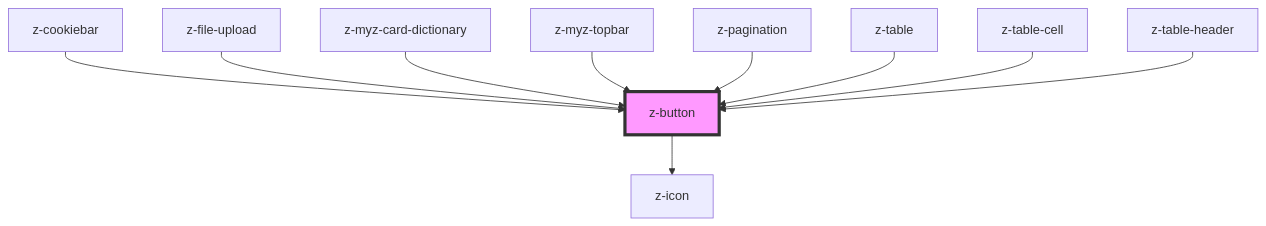
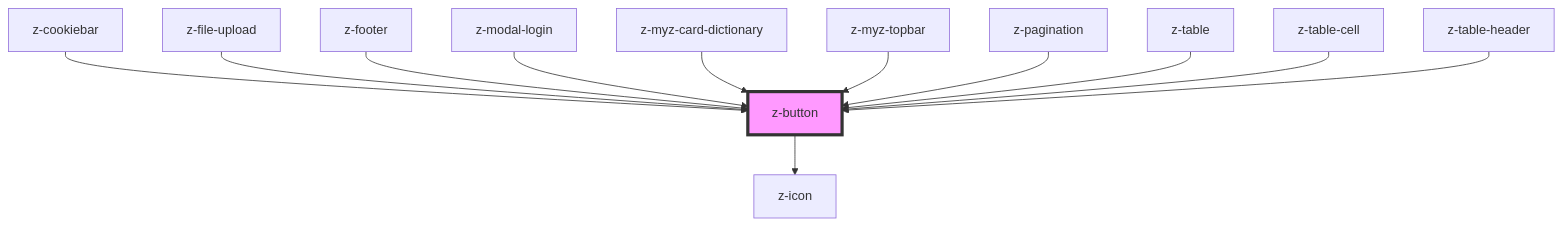
One commit to ZanichelliEditore/design-system changed the diagram in src/components/buttons/z-button/readme.md. Above: the diagram before and after it, drawn with Mermaid. The commit also changed other lines of this file and 12 other files, not shown here.

Commit message:
chore: replace z-button on z-modal-login and z-footer

````diff
--- a/src/components/buttons/z-button/readme.md
+++ b/src/components/buttons/z-button/readme.md
@@ -72,13 +74,15 @@
 ```mermaid
 graph TD;
   z-button --> z-icon
   z-cookiebar --> z-button
   z-file-upload --> z-button
+  z-footer --> z-button
+  z-modal-login --> z-button
   z-myz-card-dictionary --> z-button
   z-myz-topbar --> z-button
   z-pagination --> z-button
   z-table --> z-button
   z-table-cell --> z-button
   z-table-header --> z-button
   style z-button fill:#f9f,stroke:#333,stroke-width:4px
 ```
````
